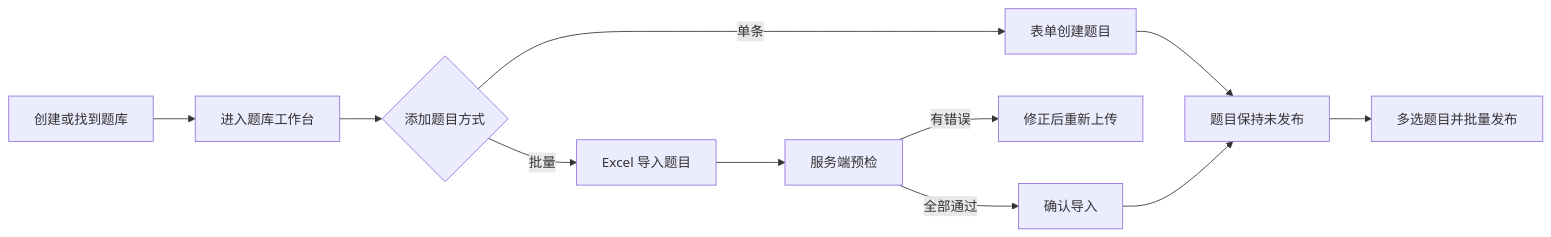
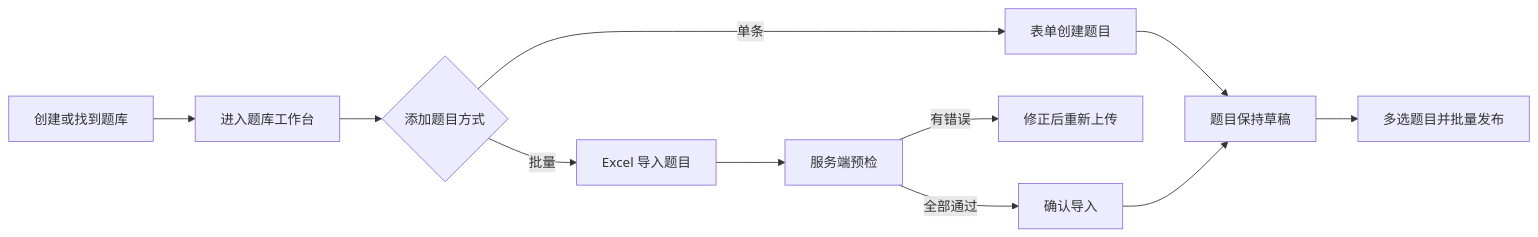
One commit to henrynumber0001-png/homework changed the diagram in docs/web-admin-frontend-design.md. Above: the diagram before and after it, drawn with Mermaid. The commit also changed other lines of this file and 42 other files, not shown here.

````diff
--- a/docs/web-admin-frontend-design.md
+++ b/docs/web-admin-frontend-design.md
@@ -66,13 +66,13 @@
 ```mermaid
 flowchart LR
     A["创建或找到题库"] --> B["进入题库工作台"]
     B --> C{"添加题目方式"}
     C -->|"单条"| D["表单创建题目"]
     C -->|"批量"| E["Excel 导入题目"]
     E --> F["服务端预检"]
     F -->|"有错误"| G["修正后重新上传"]
     F -->|"全部通过"| H["确认导入"]
-    D --> I["题目保持未发布"]
+    D --> I["题目保持草稿"]
     H --> I
     I --> J["多选题目并批量发布"]
 ```
````
